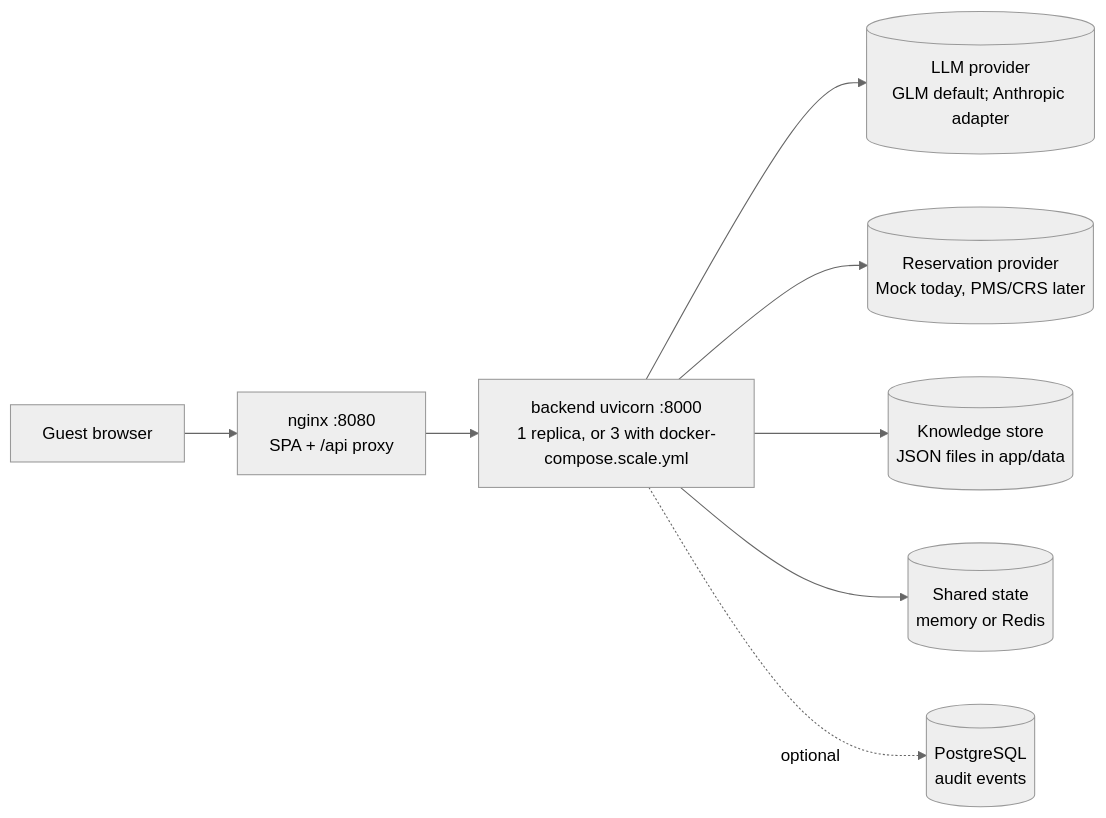
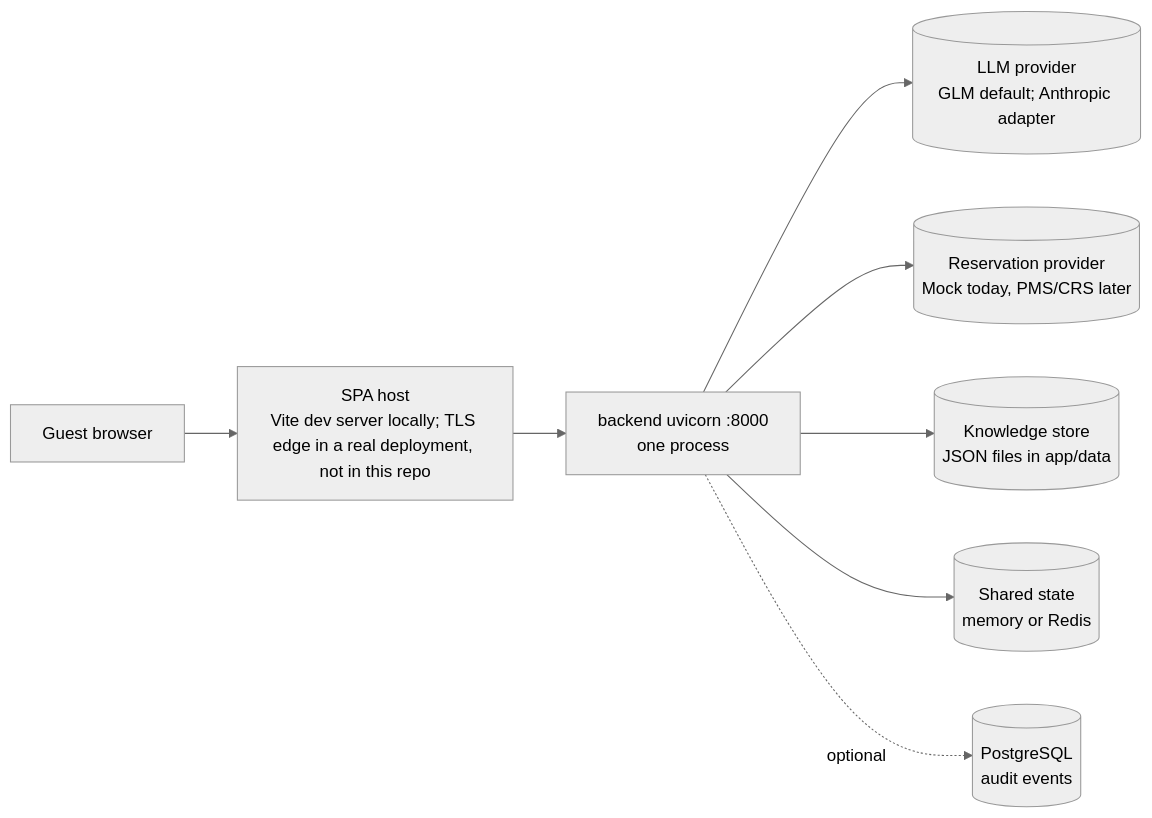
The diagram in docs/SRE.md (chandu0580/simplotel-agent), drawn with Mermaid (neutral theme) before and after one commit. The commit also changed other lines of this file and 30 other files, not shown here.

````diff
--- a/docs/SRE.md
+++ b/docs/SRE.md
@@ -20,10 +19,10 @@
 ```mermaid
 flowchart LR
-  G[Guest browser] --> N[nginx :8080<br/>SPA + /api proxy]
-  N --> B[backend uvicorn :8000<br/>1 replica, or 3 with docker-compose.scale.yml]
+  G[Guest browser] --> N[SPA host<br/>Vite dev server locally; TLS edge in a real deployment, not in this repo]
+  N --> B[backend uvicorn :8000<br/>one process]
   B --> L[(LLM provider<br/>GLM default; Anthropic adapter)]
   B --> R[(Reservation provider<br/>Mock today, PMS/CRS later)]
   B --> K[(Knowledge store<br/>JSON files in app/data)]
   B --> C[(Shared state<br/>memory or Redis)]
   B -. optional .-> P[(PostgreSQL<br/>audit events)]
 ```
````
